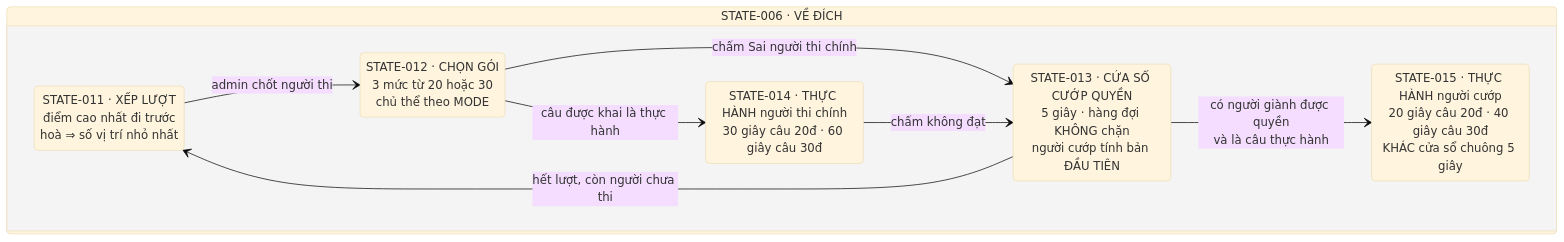
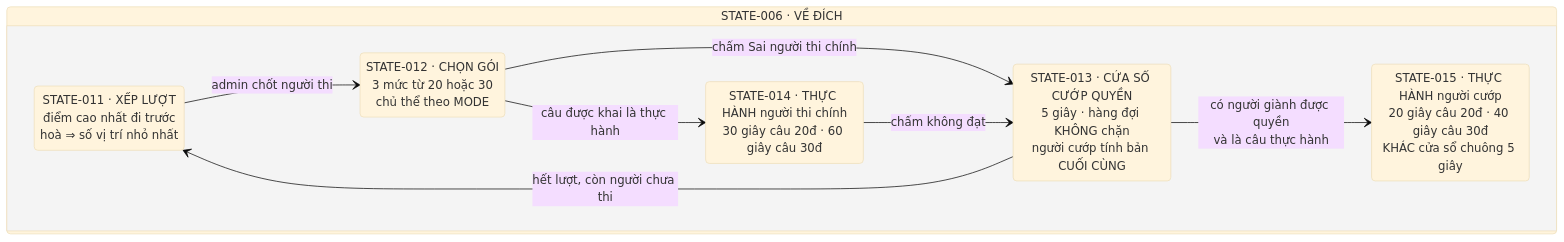
The fourth of 8 diagrams in docs/game-state-machine.md (Noboroto/KnowledgeDome), drawn with Mermaid (base theme) before and after one commit. The commit also changed other lines of this file and 18 other files, not shown here.

````diff
--- a/docs/game-state-machine.md
+++ b/docs/game-state-machine.md
@@ -149,17 +149,17 @@
 ```mermaid
 stateDiagram-v2
   state "STATE-006 · VỀ ĐÍCH" as VD {
     direction LR
     S011: STATE-011 · XẾP LƯỢT<br/>điểm cao nhất đi trước<br/>hoà ⇒ số vị trí nhỏ nhất
     S012: STATE-012 · CHỌN GÓI<br/>3 mức từ 20 hoặc 30<br/>chủ thể theo MODE
     S014: STATE-014 · THỰC HÀNH người thi chính<br/>30 giây câu 20đ · 60 giây câu 30đ
-    S013: STATE-013 · CỬA SỔ CƯỚP QUYỀN<br/>5 giây · hàng đợi KHÔNG chặn<br/>người cướp tính bản ĐẦU TIÊN
+    S013: STATE-013 · CỬA SỔ CƯỚP QUYỀN<br/>5 giây · hàng đợi KHÔNG chặn<br/>người cướp tính bản CUỐI CÙNG
     S015: STATE-015 · THỰC HÀNH người cướp<br/>20 giây câu 20đ · 40 giây câu 30đ<br/>KHÁC cửa sổ chuông 5 giây
     S011 --> S012: admin chốt người thi
     S012 --> S014: câu được khai là thực hành
     S012 --> S013: chấm Sai người thi chính
     S014 --> S013: chấm không đạt
     S013 --> S015: có người giành được quyền<br/>và là câu thực hành
     S013 --> S011: hết lượt, còn người chưa thi
   }
 ```
````
